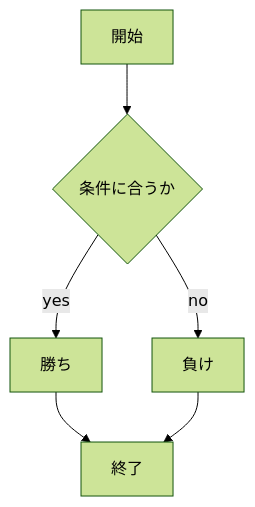
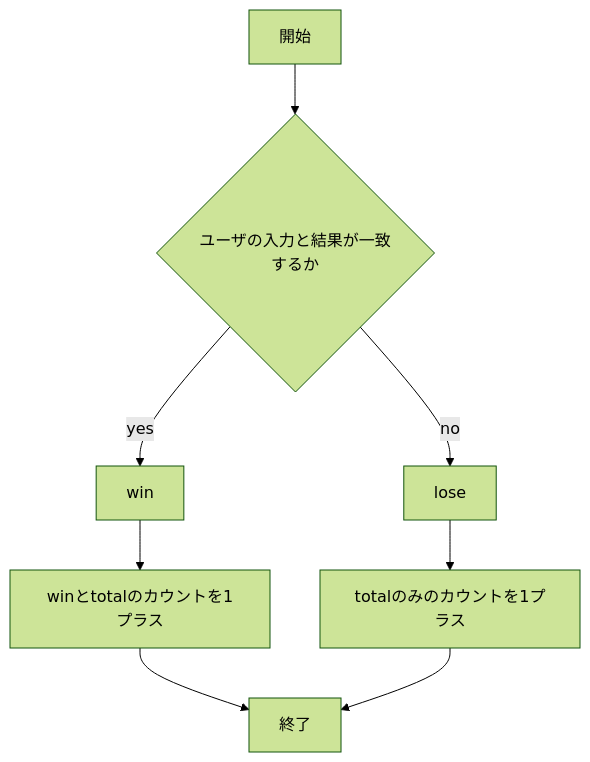
One commit to tosi770/webpro_06 changed the second of 2 diagrams in README.md. Above: the diagram before and after it, drawn with Mermaid (forest theme). The commit also changed other lines of this file and 3 other files, not shown here.

````diff
--- a/README.md
+++ b/README.md
@@ -22,15 +79,19 @@
 ```mermaid
-flowchart TD;
+flowchart TD
 
 start["開始"]
 end1["終了"]
-if{"条件に合うか"}
-win["勝ち"]
-lose["負け"]
+if{"ユーザの入力と結果が一致するか"}
+win["win"]
+win++["winとtotalのカウントを1プラス"]
+lose["lose"]
+total++["totalのみのカウントを1プラス"]
 
 start --> if
 if -->|yes| win
-win --> end1
+win --> win++
+win++ --> end1
 if -->|no| lose
-lose --> end1
+lose --> total++
+total++ --> end1
 ```
````
